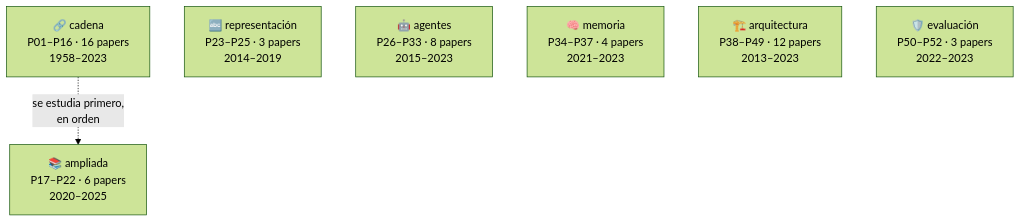
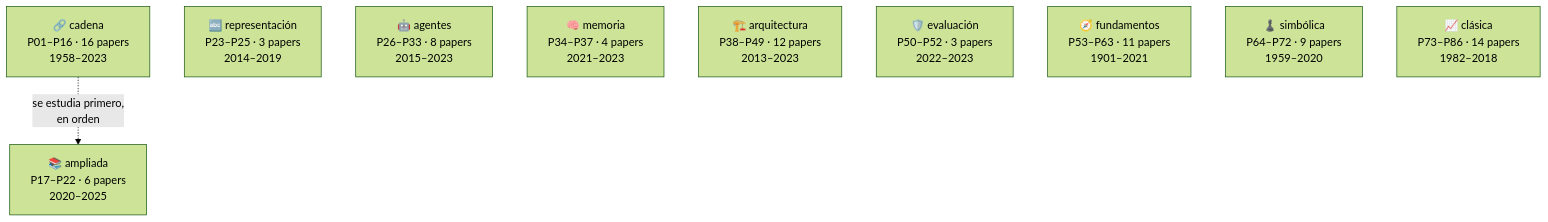
The first of 2 diagrams in papers/README.md (vladimiracunadev-create/artificial-intelligence-evolution-program), drawn with Mermaid (forest theme) before and after one commit. The commit also changed other lines of this file and 316 other files, not shown here.

````diff
--- a/papers/README.md
+++ b/papers/README.md
@@ -59,11 +59,14 @@
 ```mermaid
 flowchart TD
     R1["🔗 cadena<br/>P01–P16 · 16 papers<br/>1958–2023"]
     R2["📚 ampliada<br/>P17–P22 · 6 papers<br/>2020–2025"]
     R3["🔤 representación<br/>P23–P25 · 3 papers<br/>2014–2019"]
     R4["🤖 agentes<br/>P26–P33 · 8 papers<br/>2015–2023"]
     R5["🧠 memoria<br/>P34–P37 · 4 papers<br/>2021–2023"]
     R6["🏗️ arquitectura<br/>P38–P49 · 12 papers<br/>2013–2023"]
     R7["🛡️ evaluación<br/>P50–P52 · 3 papers<br/>2022–2023"]
+    R8["🧭 fundamentos<br/>P53–P63 · 11 papers<br/>1901–2021"]
+    R9["♟️ simbólica<br/>P64–P72 · 9 papers<br/>1959–2020"]
+    R10["📈 clásica<br/>P73–P86 · 14 papers<br/>1982–2018"]
     R1 -.->|"se estudia primero,<br/>en orden"| R2
 ```
````
